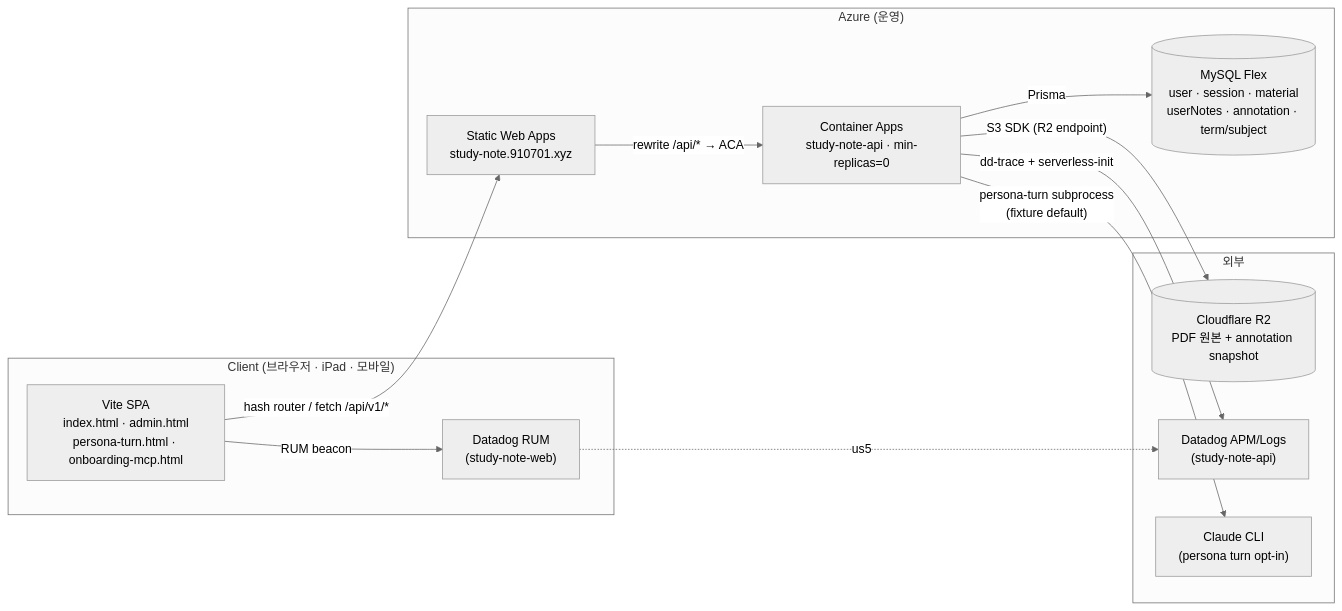
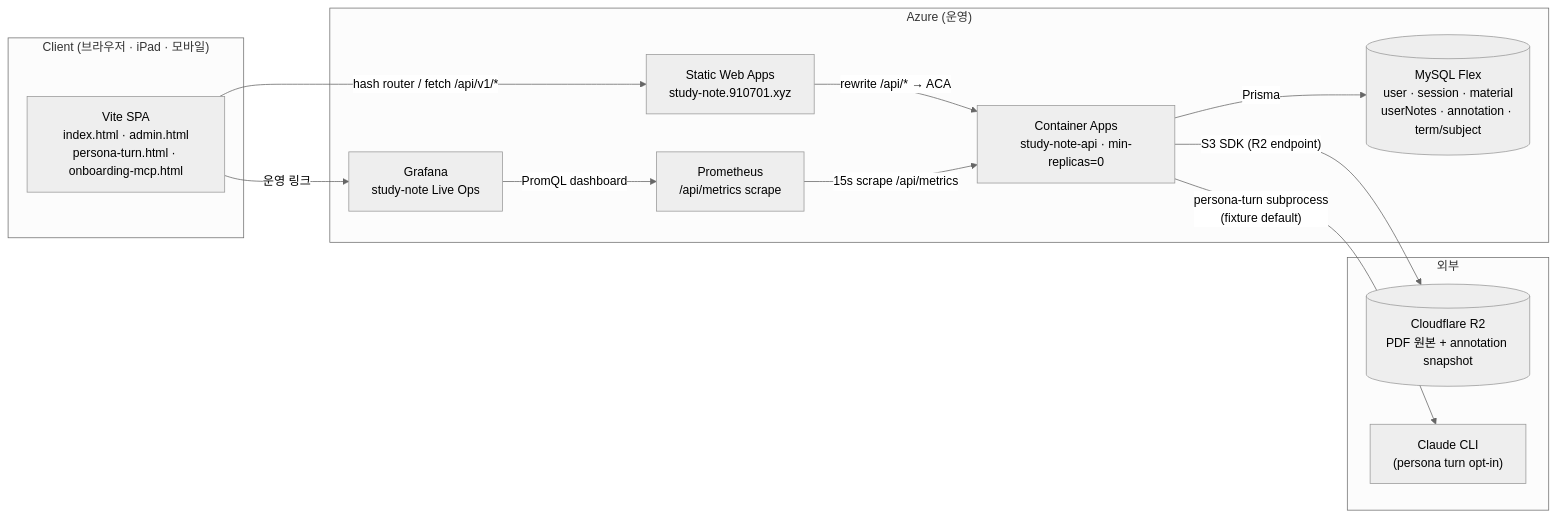
One commit to MJ-0701/study-note changed the diagram in README.md. Above: the diagram before and after it, drawn with Mermaid (neutral theme). The commit also changed other lines of this file and 12 other files, not shown here.

Commit message:
fix(web): route ops dashboard to Grafana

````diff
--- a/README.md
+++ b/README.md
@@ -104,28 +103,28 @@
 ```mermaid
 flowchart LR
     subgraph Client["Client (브라우저 · iPad · 모바일)"]
         FE["Vite SPA<br/>index.html · admin.html<br/>persona-turn.html · onboarding-mcp.html"]
-        DDRUM["Datadog RUM<br/>(study-note-web)"]
     end
 
     subgraph Edge["Azure (운영)"]
         SWA["Static Web Apps<br/>study-note.910701.xyz"]
         ACA["Container Apps<br/>study-note-api · min-replicas=0"]
+        PROM["Prometheus<br/>/api/metrics scrape"]
+        GRAF["Grafana<br/>study-note Live Ops"]
         MySQL[("MySQL Flex<br/>user · session · material<br/>userNotes · annotation · term/subject")]
     end
 
     subgraph External["외부"]
         R2[("Cloudflare R2<br/>PDF 원본 + annotation snapshot")]
-        DDAPM["Datadog APM/Logs<br/>(study-note-api)"]
         Claude["Claude CLI<br/>(persona turn opt-in)"]
     end
 
     FE -- "hash router / fetch /api/v1/*" --> SWA
     SWA -- "rewrite /api/* → ACA" --> ACA
     ACA -- "Prisma" --> MySQL
     ACA -- "S3 SDK (R2 endpoint)" --> R2
-    ACA -- "dd-trace + serverless-init" --> DDAPM
+    PROM -- "15s scrape /api/metrics" --> ACA
+    GRAF -- "PromQL dashboard" --> PROM
     ACA -- "persona-turn subprocess<br/>(fixture default)" --> Claude
-    FE -- "RUM beacon" --> DDRUM
-    DDRUM -. "us5" .-> DDAPM
+    FE -- "운영 링크" --> GRAF
 ```
````
